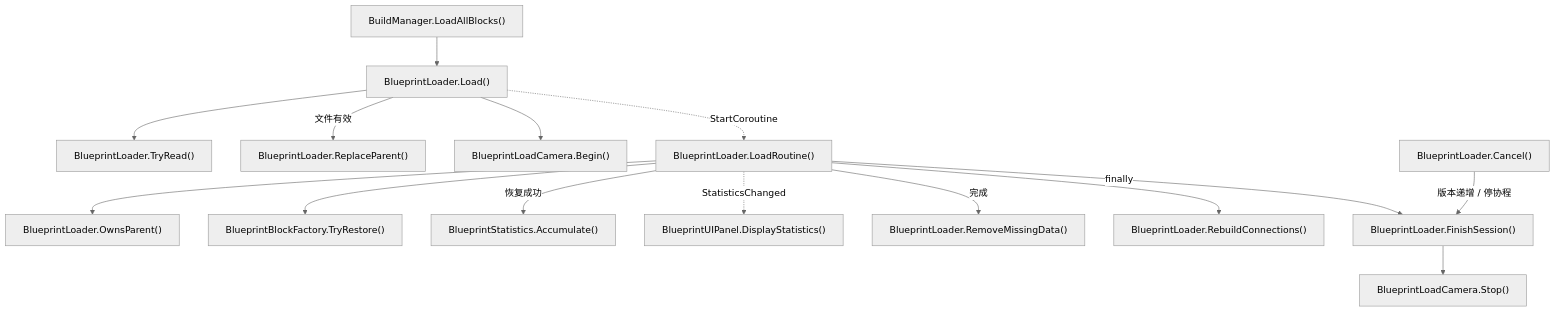
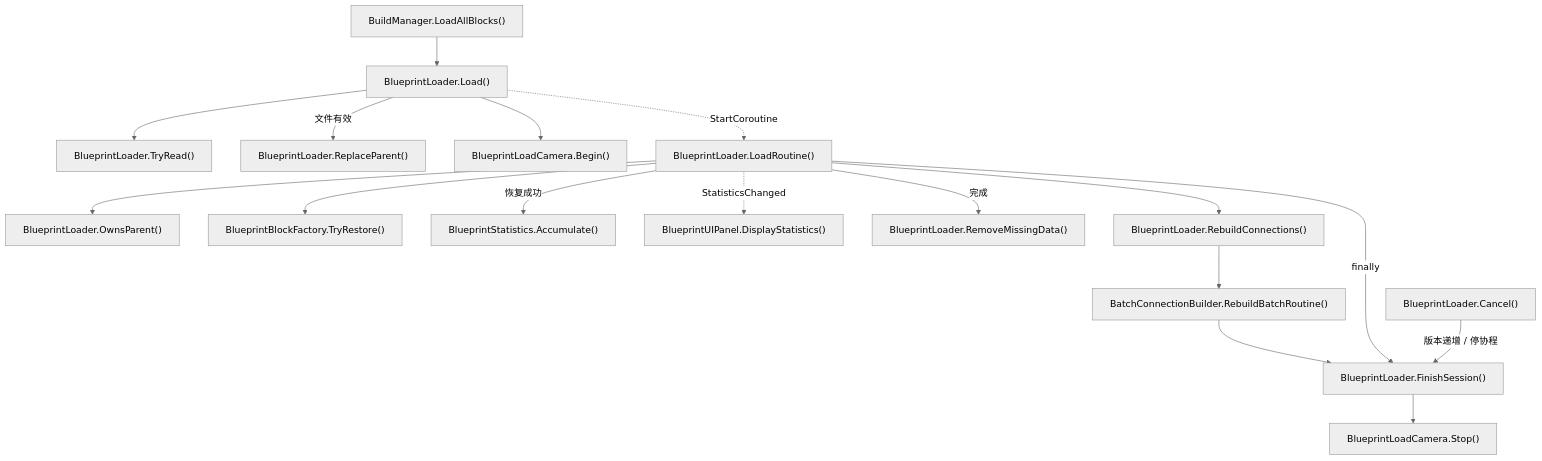
One commit to kukudia/HY-Sandbox changed the fourth of 31 diagrams in Docs/RuntimeFlow.md. Above: the diagram before and after it, drawn with Mermaid (neutral theme). The commit also changed other lines of this file and 17 other files, not shown here.

First line of the commit message:
fix: make blueprint connection batching coherent

````diff
--- a/Docs/RuntimeFlow.md
+++ b/Docs/RuntimeFlow.md
@@ -287,47 +287,51 @@
 ```mermaid
 flowchart TD
     A["BuildManager.LoadAllBlocks()"]
     click A "../Assets/Scripts/Features/Building/BuildManager.cs#L563" "打开源码"
     B["BlueprintLoader.Load()"]
     click B "../Assets/Scripts/Features/Building/BlueprintLoading/BlueprintLoader.cs#L43" "打开源码"
     C["BlueprintLoader.TryRead()"]
     click C "../Assets/Scripts/Features/Building/BlueprintLoading/BlueprintLoader.cs#L189" "打开源码"
     D["BlueprintLoader.ReplaceParent()"]
     click D "../Assets/Scripts/Features/Building/BlueprintLoading/BlueprintLoader.cs#L228" "打开源码"
     E["BlueprintLoadCamera.Begin()"]
     click E "../Assets/Scripts/Features/Building/BlueprintLoading/BlueprintLoadCamera.cs#L15" "打开源码"
     F["BlueprintLoader.LoadRoutine()"]
     click F "../Assets/Scripts/Features/Building/BlueprintLoading/BlueprintLoader.cs#L107" "打开源码"
     G["BlueprintLoader.OwnsParent()"]
     click G "../Assets/Scripts/Features/Building/BlueprintLoading/BlueprintLoader.cs#L246" "打开源码"
     H["BlueprintBlockFactory.TryRestore()"]
     click H "../Assets/Scripts/Features/Building/BlueprintLoading/BlueprintBlockFactory.cs#L7" "打开源码"
     I["BlueprintStatistics.Accumulate()"]
     click I "../Assets/Scripts/Features/Building/BlueprintLoading/BlueprintStatistics.cs#L26" "打开源码"
     J["BlueprintUIPanel.DisplayStatistics()"]
     click J "../Assets/Scripts/Features/Building/BlueprintUIPanel.cs#L44" "打开源码"
     K["BlueprintLoader.RemoveMissingData()"]
     click K "../Assets/Scripts/Features/Building/BlueprintLoading/BlueprintLoader.cs#L251" "打开源码"
     L["BlueprintLoader.RebuildConnections()"]
     click L "../Assets/Scripts/Features/Building/BlueprintLoading/BlueprintLoader.cs#L262" "打开源码"
+    P["BatchConnectionBuilder.RebuildBatchRoutine()"]
+    click P "../Assets/Scripts/Features/Simulation/BatchConnectionBuilder.cs#L18" "打开源码"
     M["BlueprintLoader.FinishSession()"]
-    click M "../Assets/Scripts/Features/Building/BlueprintLoading/BlueprintLoader.cs#L308" "打开源码"
+    click M "../Assets/Scripts/Features/Building/BlueprintLoading/BlueprintLoader.cs#L300" "打开源码"
     N["BlueprintLoader.Cancel()"]
     click N "../Assets/Scripts/Features/Building/BlueprintLoading/BlueprintLoader.cs#L94" "打开源码"
     O["BlueprintLoadCamera.Stop()"]
     click O "../Assets/Scripts/Features/Building/BlueprintLoading/BlueprintLoadCamera.cs#L26" "打开源码"
     A --> B
     B --> C
     B -->|文件有效| D
     B --> E
     B -.->|StartCoroutine| F
     F --> G
     F --> H
     F -->|恢复成功| I
     F -.->|StatisticsChanged| J
     F -->|完成| K
     F --> L
+    L --> P
+    P --> M
     F -->|finally| M
     N -->|版本递增 / 停协程| M
     M --> O
 ```
````
